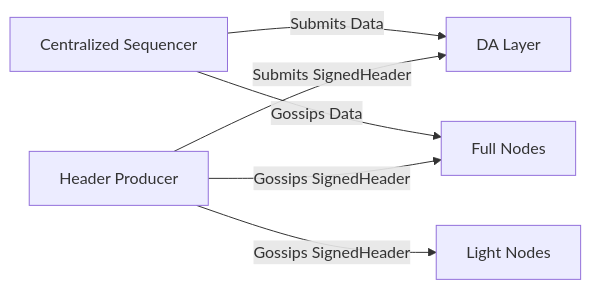
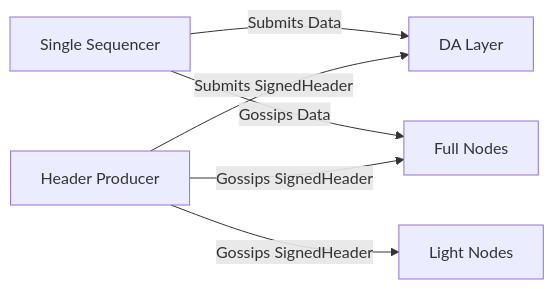
Before and after one commit to rollkit/rollkit: the fifth of 8 diagrams in specs/lazy-adr/adr-014-header-and-data-separation.md, drawn with Mermaid. The commit also changed other lines of this file and 15 other files, not shown here.

````diff
--- a/specs/lazy-adr/adr-014-header-and-data-separation.md
+++ b/specs/lazy-adr/adr-014-header-and-data-separation.md
@@ -138,12 +138,12 @@
 ```mermaid
 flowchart LR
 
-    CS2[Centralized Sequencer] -->|Submits Data| DA2[DA Layer]
+    CS2[Single Sequencer] -->|Submits Data| DA2[DA Layer]
     HP2[Header Producer] -->|Submits SignedHeader| DA2
 
     CS2 -->|Gossips Data| FN2[Full Nodes]
     HP2 -->|Gossips SignedHeader| FN2
     HP2 -->|Gossips SignedHeader| LN2[Light Nodes]
 
     class CS2,HP2,DA2,FN2,LN2 node
 ```
````
